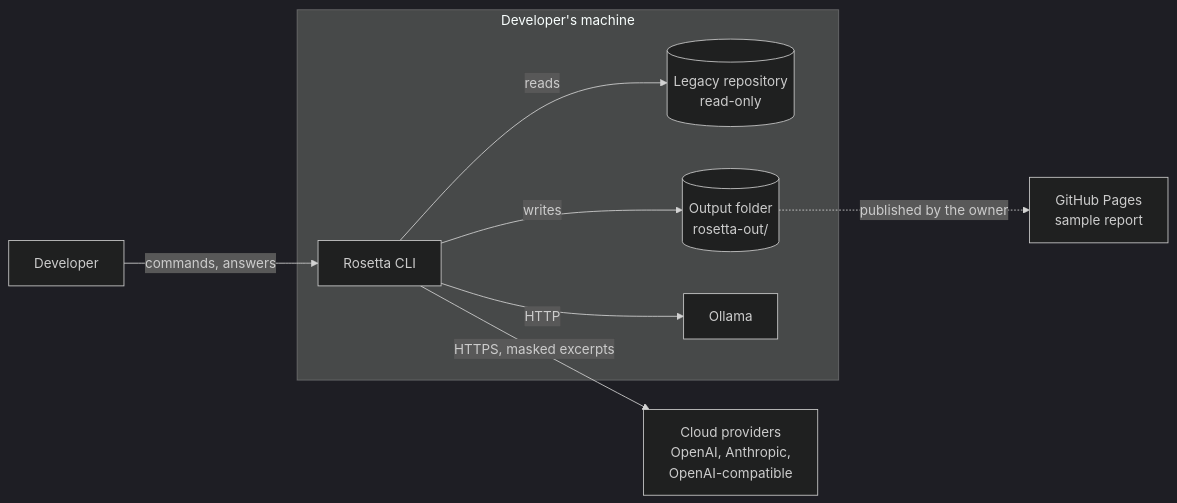
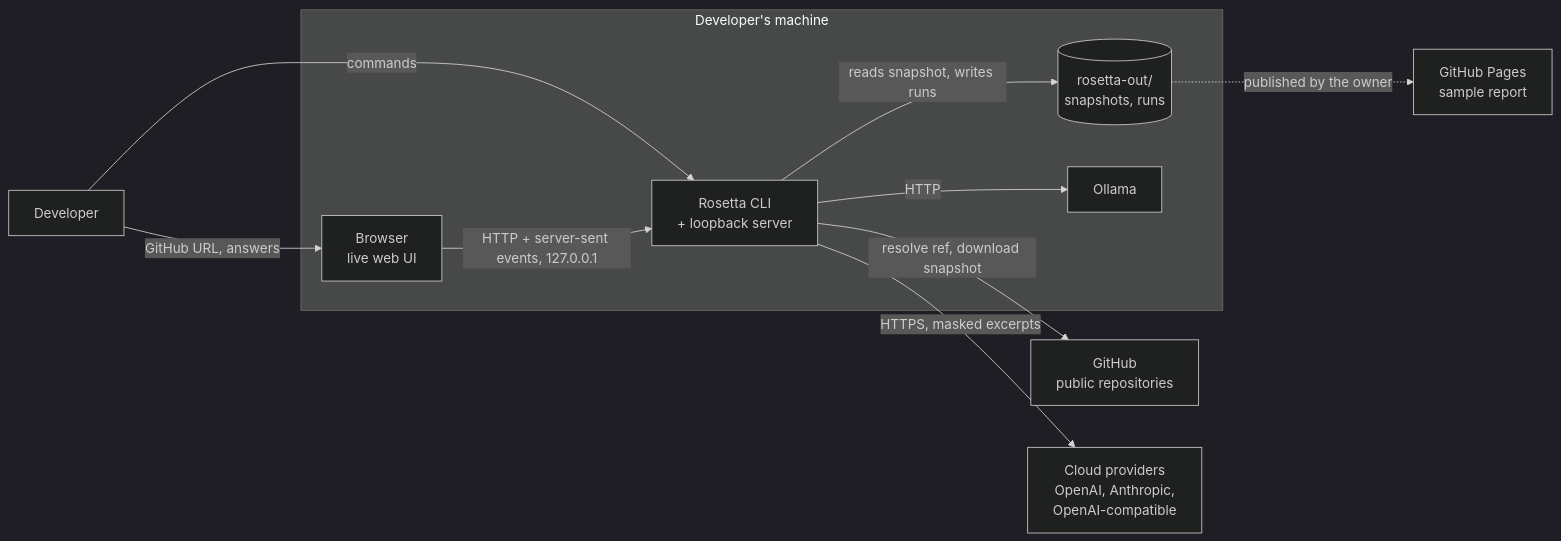
One commit to blacklight0101/Rosetta changed the first of 3 diagrams in docs/architecture.md. Above: the diagram before and after it, drawn with Mermaid (dark theme). The commit also changed other lines of this file and 14 other files, not shown here.

First line of the commit message:
docs: add live local web UI, GitHub-only sources, project cost totals and observability

````diff
--- a/docs/architecture.md
+++ b/docs/architecture.md
@@ -17,18 +17,21 @@
 ```mermaid
 flowchart LR
   DEV[Developer]
   subgraph Machine["Developer's machine"]
-    RST[Rosetta CLI]
-    REPO[(Legacy repository<br/>read-only)]
-    OUT[(Output folder<br/>rosetta-out/)]
+    WEB[Browser<br/>live web UI]
+    RST[Rosetta CLI<br/>+ loopback server]
+    OUT[(rosetta-out/<br/>snapshots, runs)]
     OLL[Ollama]
   end
+  GH[GitHub<br/>public repositories]
   CLOUD[Cloud providers<br/>OpenAI, Anthropic,<br/>OpenAI-compatible]
   PAGES[GitHub Pages<br/>sample report]
-  DEV -- commands, answers --> RST
-  RST -- reads --> REPO
-  RST -- writes --> OUT
+  DEV -- commands --> RST
+  DEV -- GitHub URL, answers --> WEB
+  WEB -- HTTP + server-sent events, 127.0.0.1 --> RST
+  RST -- resolve ref, download snapshot --> GH
+  RST -- reads snapshot, writes runs --> OUT
   RST -- HTTP --> OLL
   RST -- HTTPS, masked excerpts --> CLOUD
   OUT -. published by the owner .-> PAGES
 ```
````
